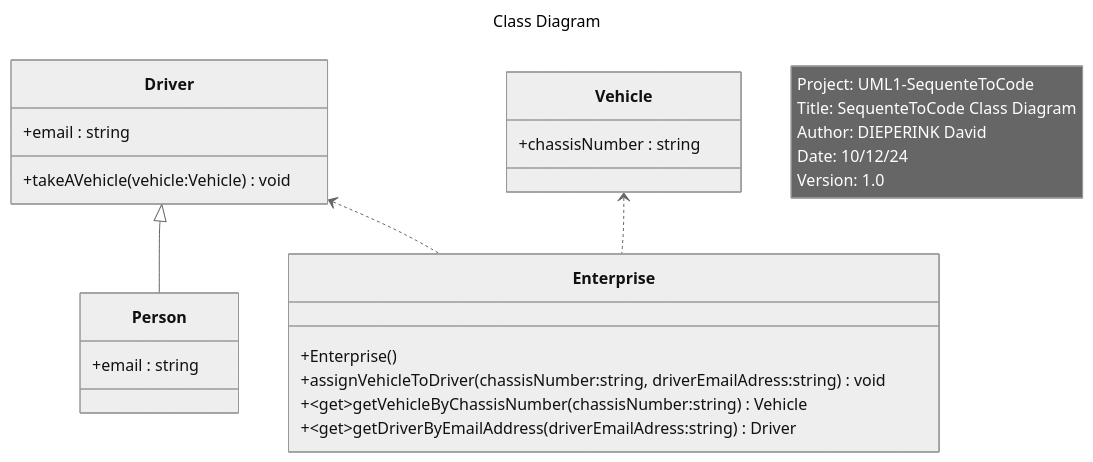
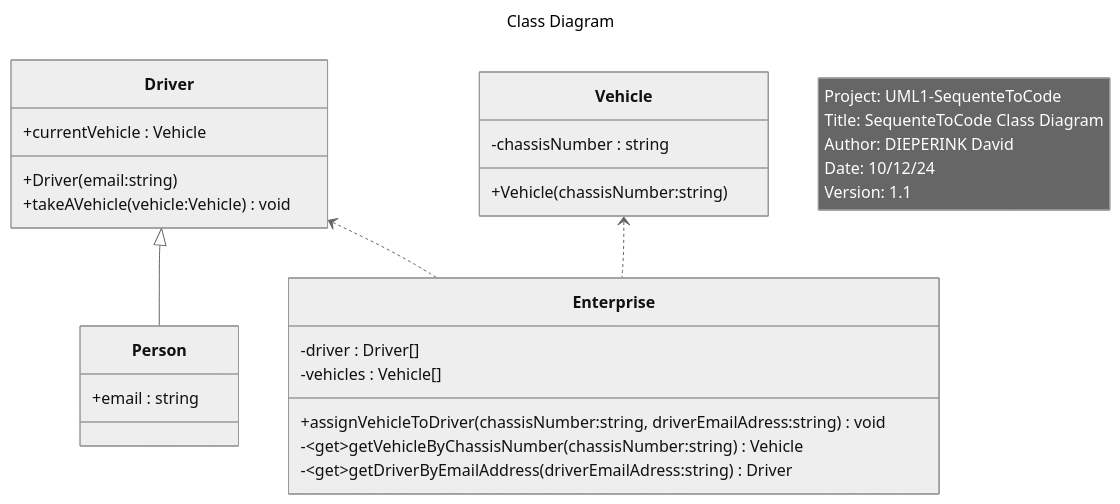
The diagram in docs/class-diagram.md (dieperid/SequenceToCode), drawn with Mermaid (neutral theme) before and after one commit.

Commit message:
docs: added properties to : driver, vehicle, enterprise

````diff
--- a/docs/class-diagram.md
+++ b/docs/class-diagram.md
@@ -3,35 +3,41 @@
 ```mermaid
 ---
 title: Class Diagram
 ---
 classDiagram
     note "Project: UML1-SequenteToCode
     Title: SequenteToCode Class Diagram
     Author: DIEPERINK David
     Date: 10/12/24
-    Version: 1.0"
+    Version: 1.1"
 
     class Driver {
-        +email : string
+        +currentVehicle : Vehicle
+
+        +Driver(email:string)
         +takeAVehicle(vehicle:Vehicle) void
     }
     Driver <|-- Person
 
     class Person {
         +email : string
     }
 
     class Vehicle {
-        +chassisNumber : string
+        -chassisNumber : string
+
+        +Vehicle(chassisNumber:string)
     }
 
     class Enterprise {
-        +Enterprise()
+        -driver : Driver[]
+        -vehicles : Vehicle[]
+
         +assignVehicleToDriver(chassisNumber:string, driverEmailAdress:string) void
-        +~get~getVehicleByChassisNumber(chassisNumber:string) Vehicle
-        +~get~getDriverByEmailAddress(driverEmailAdress:string) Driver
+        -~get~getVehicleByChassisNumber(chassisNumber:string) Vehicle
+        -~get~getDriverByEmailAddress(driverEmailAdress:string) Driver
     }
 
     Vehicle <.. Enterprise
     Driver <.. Enterprise
 ```
````
